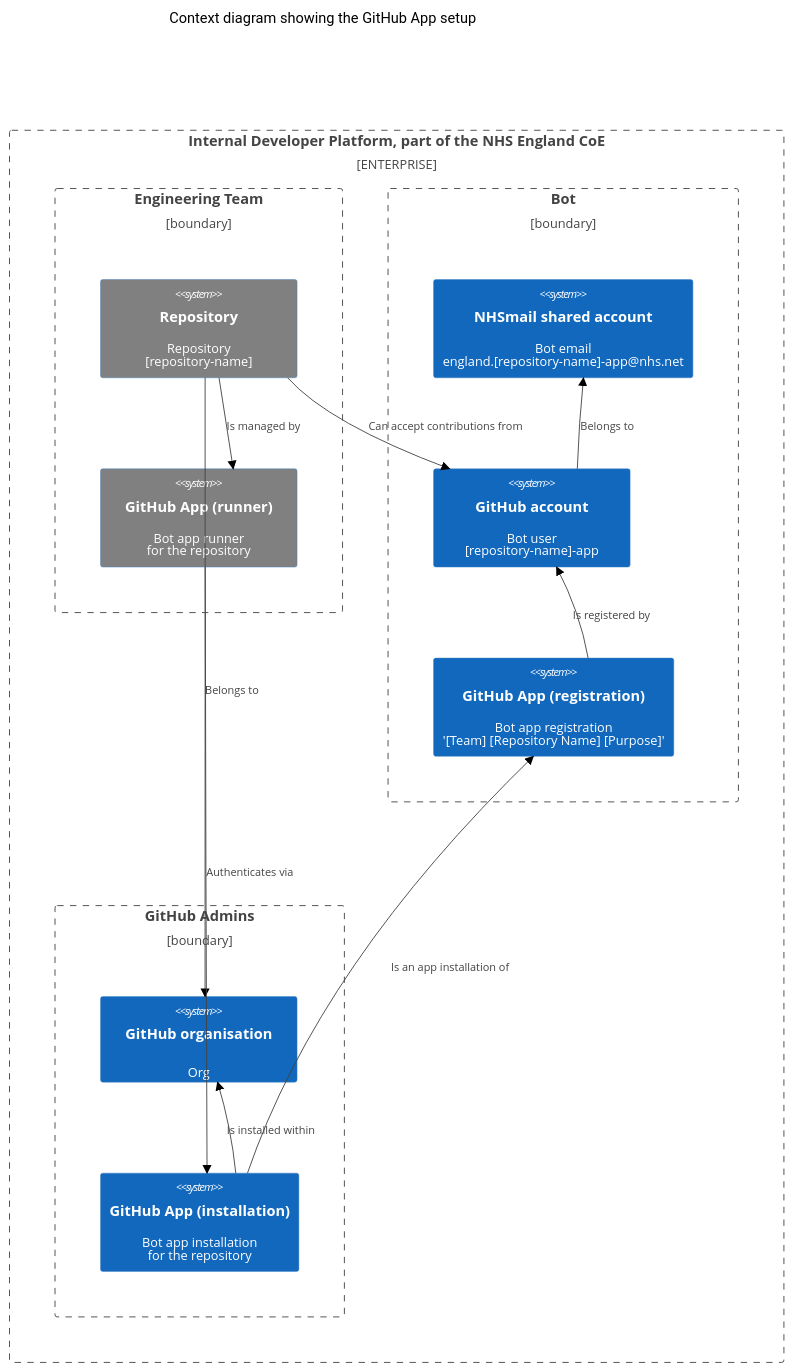
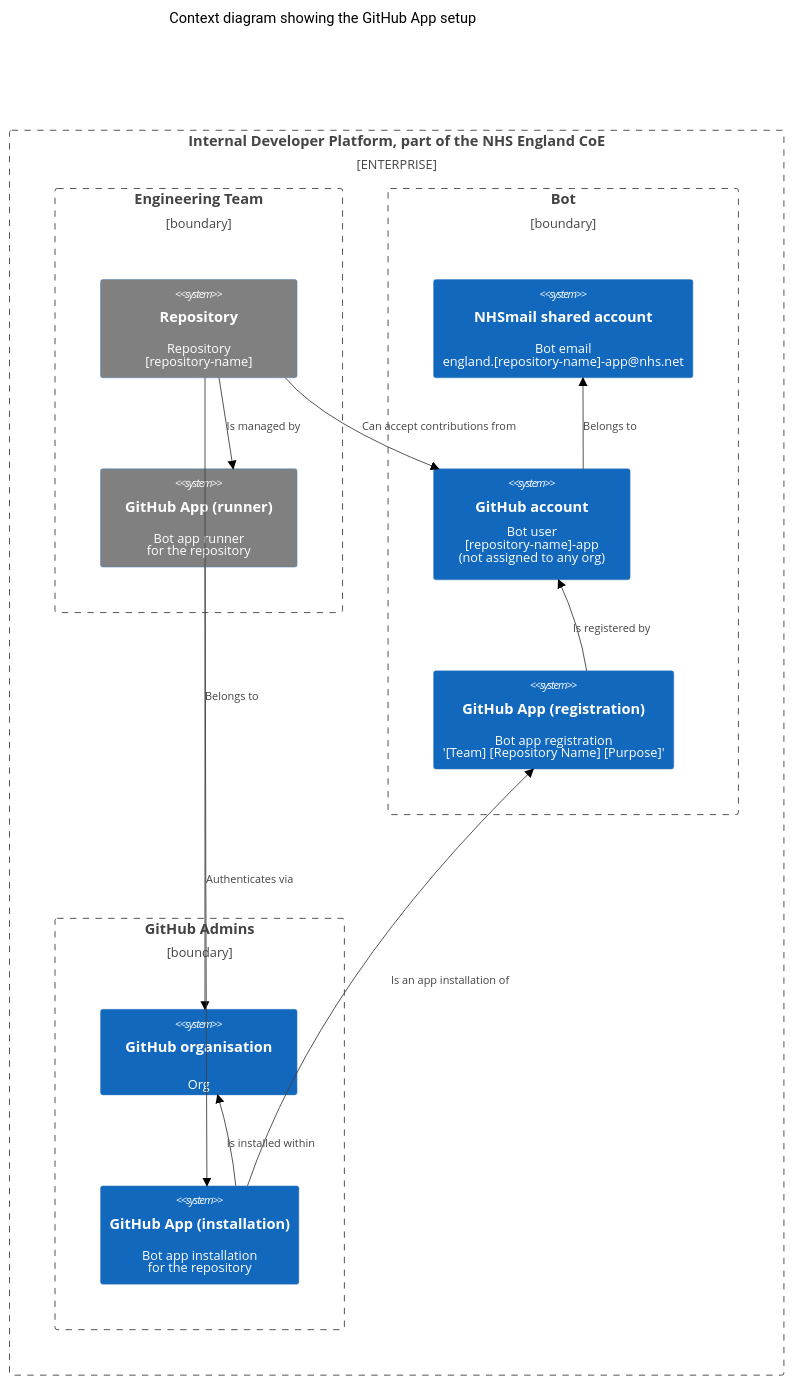
One commit to nhs-england-tools/repository-template changed the diagram in docs/adr/ADR-003_Acceptable_use_of_GitHub_PAT_and_Apps_for_authN_and_authZ.md. Above: the diagram before and after it, drawn with Mermaid (neutral theme). The commit also changed other lines of this file, not shown here.

````diff
--- a/docs/adr/ADR-003_Acceptable_use_of_GitHub_PAT_and_Apps_for_authN_and_authZ.md
+++ b/docs/adr/ADR-003_Acceptable_use_of_GitHub_PAT_and_Apps_for_authN_and_authZ.md
@@ -152,34 +158,34 @@
 ```mermaid
 C4Context
   title Context diagram showing the GitHub App setup
   Enterprise_Boundary(b0, "Internal Developer Platform, part of the NHS England CoE") {
 
     Boundary(b1, "Engineering Team", "boundary") {
       System(repo, "Repository", "Repository<br>[repository-name]")
       System(github_app_runner, "GitHub App (runner)", "Bot app runner<br>for the repository")
     }
     Rel(repo, github_app_runner, "Is managed by")
 
     Boundary(b2, "Bot", "boundary") {
       System(email_account, "NHSmail shared account", "Bot email<br>england.[repository-name]-app@nhs.net")
-      System(github_account, "GitHub account", "Bot user<br>[repository-name]-app")
+      System(github_account, "GitHub account", "Bot user<br>[repository-name]-app<br>(not assigned to any org)")
       System(github_app_registration, "GitHub App (registration)", "Bot app registration<br>'[Team] [Repository Name] [Purpose]'")
     }
     Rel(github_account, email_account, "Belongs to")
     Rel(github_app_registration, github_account, "Is registered by")
 
     Boundary(b3, "GitHub Admins", "boundary") {
       System(github_org, "GitHub organisation", "Org")
       System(github_app_installation, "GitHub App (installation)", "Bot app installation<br>for the repository")
     }
     Rel(github_app_installation, github_org, "Is installed within")
 
     Rel(repo, github_org, "Belongs to")
     Rel(repo, github_account, "Can accept contributions from")
     Rel(github_app_runner, github_app_installation, "Authenticates via")
     Rel(github_app_installation, github_app_registration, "Is an app installation of")
 
     UpdateElementStyle(repo, $bgColor="grey")
     UpdateElementStyle(github_app_runner, $bgColor="grey")
   }
 ```
````
